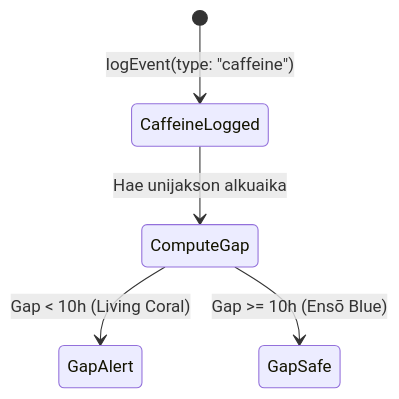
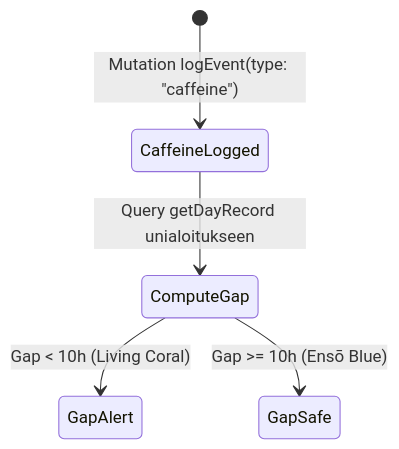
One commit to jaakkokorhonen/pwa-oura changed the third of 3 diagrams in use_cases_visual_design.md. Above: the diagram before and after it, drawn with Mermaid. The commit also changed other lines of this file and 1 other file, not shown here.

Commit message:
Update design and issues to use faster Firebase GraphQL API instead of BigQuery

````diff
--- a/use_cases_visual_design.md
+++ b/use_cases_visual_design.md
@@ -123,7 +124,7 @@
 ```mermaid
 stateDiagram-v2
-    [*] --> CaffeineLogged: logEvent(type: "caffeine")
-    CaffeineLogged --> ComputeGap: Hae unijakson alkuaika
+    [*] --> CaffeineLogged: Mutation logEvent(type: "caffeine")
+    CaffeineLogged --> ComputeGap: Query getDayRecord unialoitukseen
     ComputeGap --> GapAlert: Gap < 10h (Living Coral)
     ComputeGap --> GapSafe: Gap >= 10h (Ensō Blue)
 ```
````
